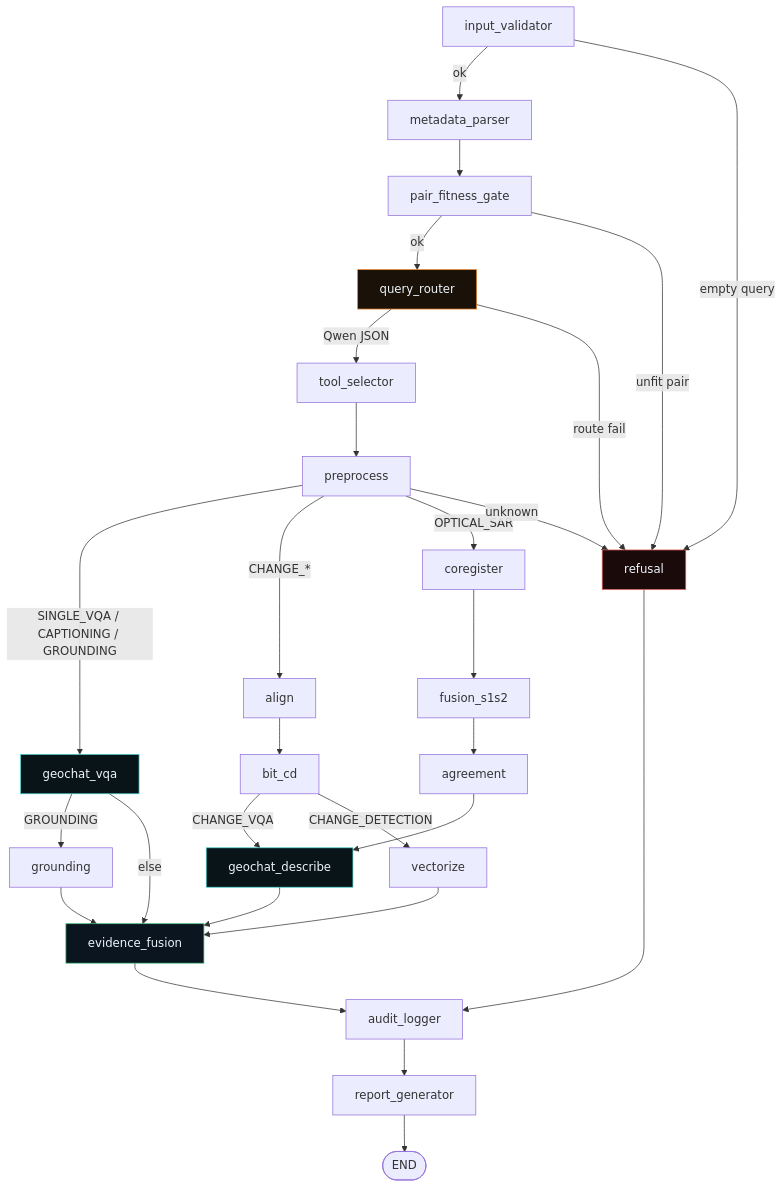
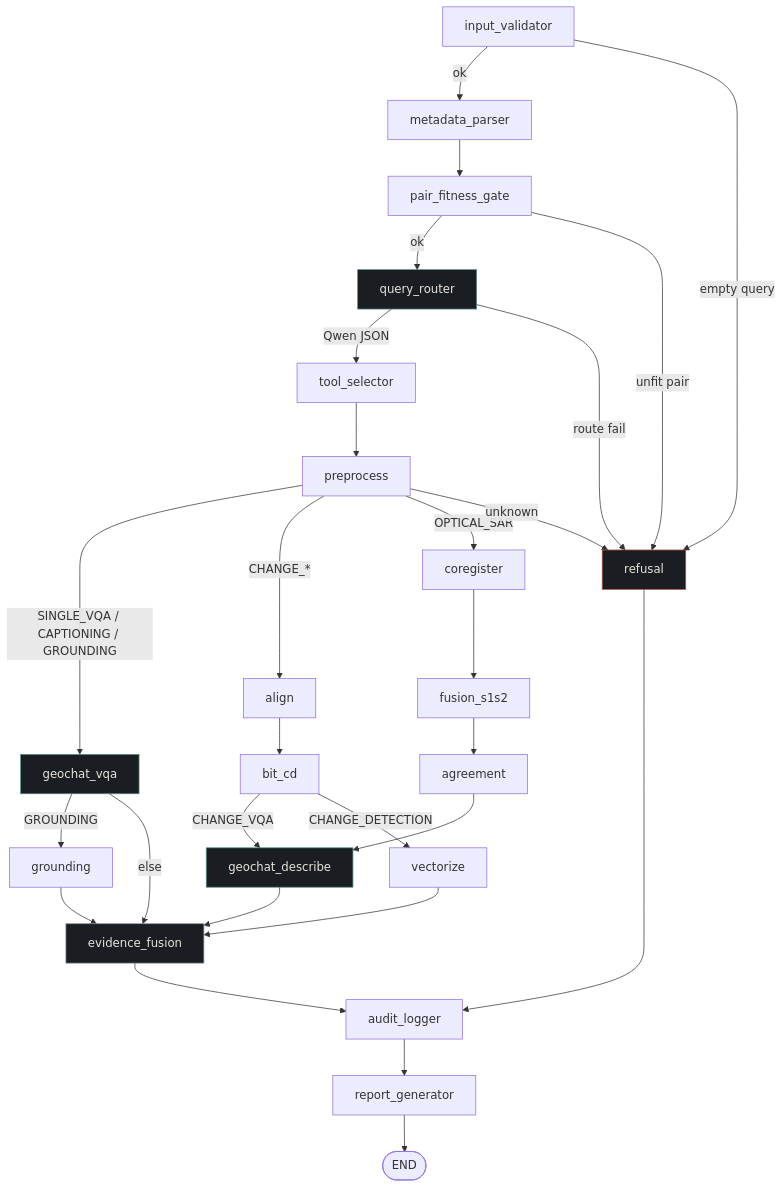
Before and after one commit to amulyagavankar20-glitch/SatQuery: the third of 4 diagrams in README.md, drawn with Mermaid. The commit also changed other lines of this file and 76 other files, not shown here.

````diff
--- a/README.md
+++ b/README.md
@@ -146,41 +146,41 @@
 ```mermaid
 flowchart TD
   IV[input_validator] -->|ok| MP[metadata_parser]
   IV -->|empty query| RF[refusal]
   MP --> PF[pair_fitness_gate]
   PF -->|ok| QR[query_router]
   PF -->|unfit pair| RF
   QR -->|Qwen JSON| TS[tool_selector]
   QR -->|route fail| RF
   TS --> PP[preprocess]
 
   PP -->|SINGLE_VQA / CAPTIONING / GROUNDING| GV[geochat_vqa]
   PP -->|CHANGE_*| AL[align]
   PP -->|OPTICAL_SAR| CR[coregister]
   PP -->|unknown| RF
 
   GV -->|GROUNDING| GR[grounding]
   GV -->|else| EF[evidence_fusion]
   GR --> EF
 
   AL --> BIT[bit_cd]
   BIT -->|CHANGE_VQA| GD[geochat_describe]
   BIT -->|CHANGE_DETECTION| VZ[vectorize]
   VZ --> EF
 
   CR --> FU[fusion_s1s2]
   FU --> AG[agreement]
   AG --> GD
   GD --> EF
 
   EF --> AU[audit_logger]
   RF --> AU
   AU --> RG[report_generator]
   RG --> END([END])
 
-  style QR fill:#1a1208,stroke:#f0842a,color:#eef4fb
-  style GV fill:#081418,stroke:#4ad4d4,color:#eef4fb
-  style GD fill:#081418,stroke:#4ad4d4,color:#eef4fb
-  style RF fill:#1a0a0a,stroke:#e05b56,color:#eef4fb
-  style EF fill:#0a1520,stroke:#3dba7a,color:#eef4fb
+  style QR fill:#1a1e22,stroke:#5e8f8a,color:#e8e4dc
+  style GV fill:#1a1e22,stroke:#5e8f8a,color:#e8e4dc
+  style GD fill:#1a1e22,stroke:#5e8f8a,color:#e8e4dc
+  style RF fill:#1a1e22,stroke:#b4554a,color:#e8e4dc
+  style EF fill:#1a1e22,stroke:#8b959e,color:#e8e4dc
 ```
````
